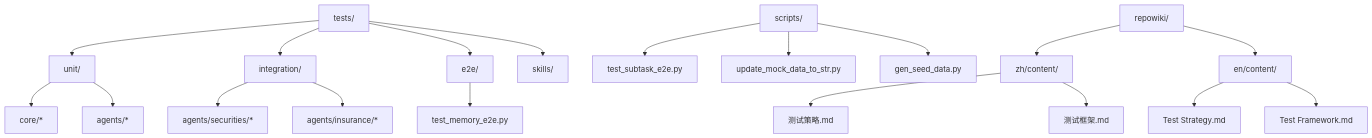
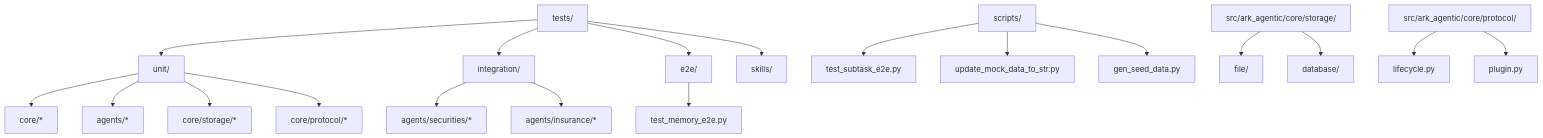
The first of 11 diagrams in repowiki/zh/content/测试策略/测试策略.md (YU-JI-KUI/ark-agentic), drawn with Mermaid before and after one commit. The commit also changed other lines of this file and 116 other files, not shown here.

````diff
--- a/repowiki/zh/content/测试策略/测试策略.md
+++ b/repowiki/zh/content/测试策略/测试策略.md
@@ -54,21 +61,21 @@
 ```mermaid
 graph TB
 A["tests/"] --> B["unit/"]
 A --> C["integration/"]
 A --> D["e2e/"]
 A --> E["skills/"]
 F["scripts/"] --> G["test_subtask_e2e.py"]
 F --> H["update_mock_data_to_str.py"]
 F --> I["gen_seed_data.py"]
 B --> B1["core/*"]
 B --> B2["agents/*"]
+B --> B3["core/storage/*"]
+B --> B4["core/protocol/*"]
 C --> C1["agents/securities/*"]
 C --> C2["agents/insurance/*"]
 D --> D1["test_memory_e2e.py"]
-J["repowiki/"] --> J1["zh/content/"]
-J --> J2["en/content/"]
-J1 --> J3["测试策略.md"]
-J1 --> J4["测试框架.md"]
-J2 --> J5["Test Strategy.md"]
-J2 --> J6["Test Framework.md"]
+J["src/ark_agentic/core/storage/"] --> J1["file/"]
+J --> J2["database/"]
+K["src/ark_agentic/core/protocol/"] --> K1["lifecycle.py"]
+K --> K2["plugin.py"]
 ```
````
